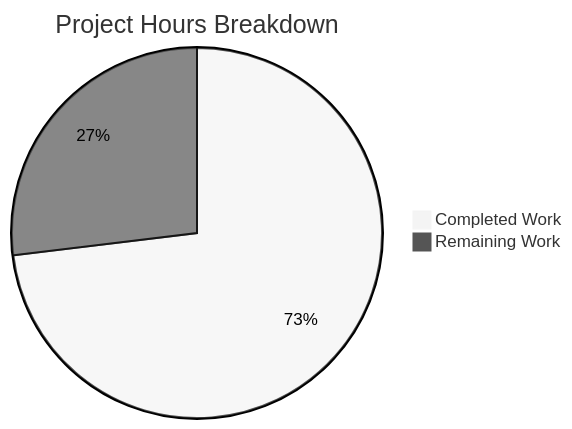
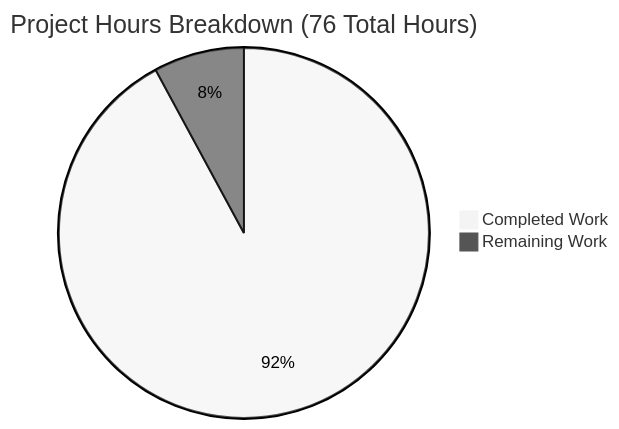
One commit to sudhanshu-spec/test-spec changed the diagram in blitzy/documentation/Project Guide.md. Above: the diagram before and after it, drawn with Mermaid (neutral theme). The commit also changed other lines of this file, not shown here.

Commit message:
Adding Blitzy Project Guide: Project Status and Human Tasks Remaining

````diff
--- a/blitzy/documentation/Project Guide.md
+++ b/blitzy/documentation/Project Guide.md
@@ -59,5 +38,5 @@
 ```mermaid
-pie title Project Hours Breakdown
-    "Completed Work" : 57
-    "Remaining Work" : 21
+pie title Project Hours Breakdown (76 Total Hours)
+    "Completed Work" : 70
+    "Remaining Work" : 6
 ```
````
